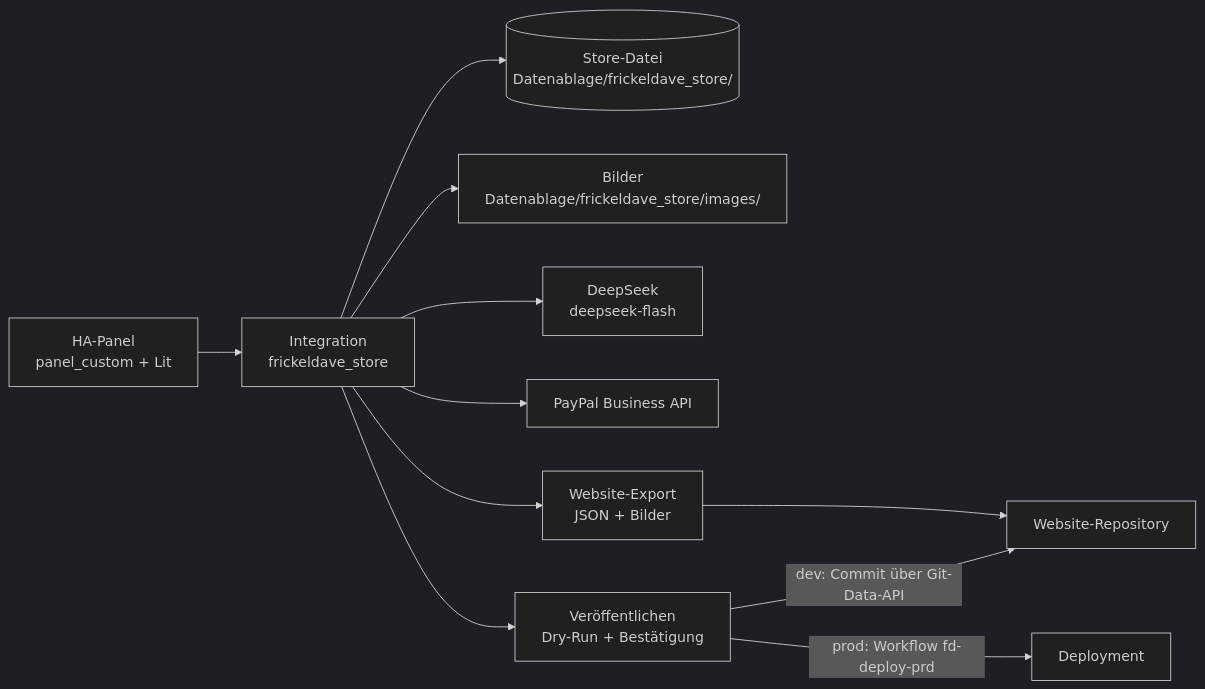
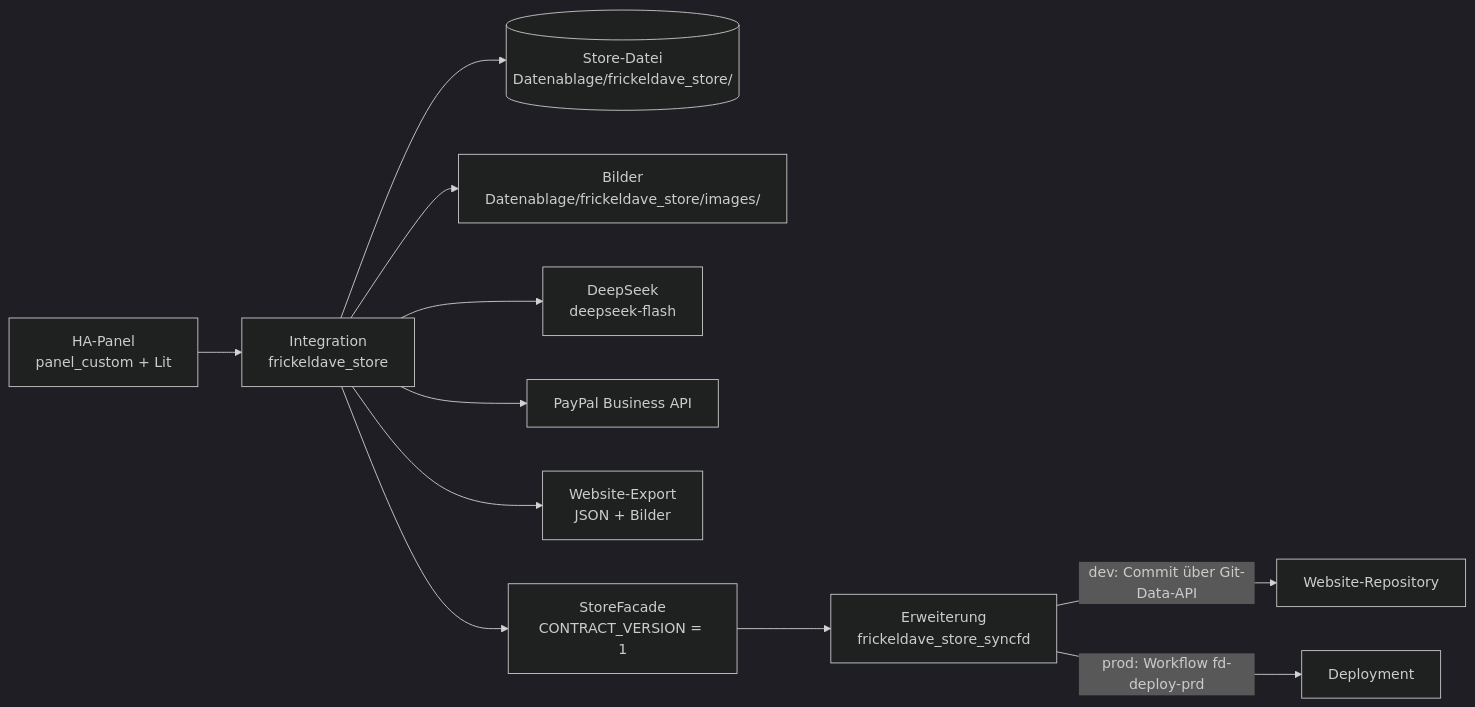
One commit to Frickeldave/frickeldave.github.io changed the diagram in docs/features/fr008-ha-manager.md. Above: the diagram before and after it, drawn with Mermaid (dark theme). The commit also changed other lines of this file and 1 other file, not shown here.

First line of the commit message:
docs(features): document the sync extraction and base 0.2.0 (#289)

````diff
--- a/docs/features/fr008-ha-manager.md
+++ b/docs/features/fr008-ha-manager.md
@@ -36,13 +42,13 @@
 ```mermaid
 flowchart LR
   panel[HA-Panel<br/>panel_custom + Lit] --> api[Integration<br/>frickeldave_store]
   api --> store[(Store-Datei<br/>Datenablage/frickeldave_store/)]
   api --> images[Bilder<br/>Datenablage/frickeldave_store/images/]
   api --> deepseek[DeepSeek<br/>deepseek-flash]
   api --> paypal[PayPal Business API]
   api --> export[Website-Export<br/>JSON + Bilder]
-  export --> website[Website-Repository]
-  api --> publish[Veröffentlichen<br/>Dry-Run + Bestätigung]
-  publish -->|dev: Commit über Git-Data-API| website
-  publish -->|prod: Workflow fd-deploy-prd| deploy[Deployment]
+  api --> facade[StoreFacade<br/>CONTRACT_VERSION = 1]
+  facade --> sync[Erweiterung<br/>frickeldave_store_syncfd]
+  sync -->|dev: Commit über Git-Data-API| website[Website-Repository]
+  sync -->|prod: Workflow fd-deploy-prd| deploy[Deployment]
 ```
````
